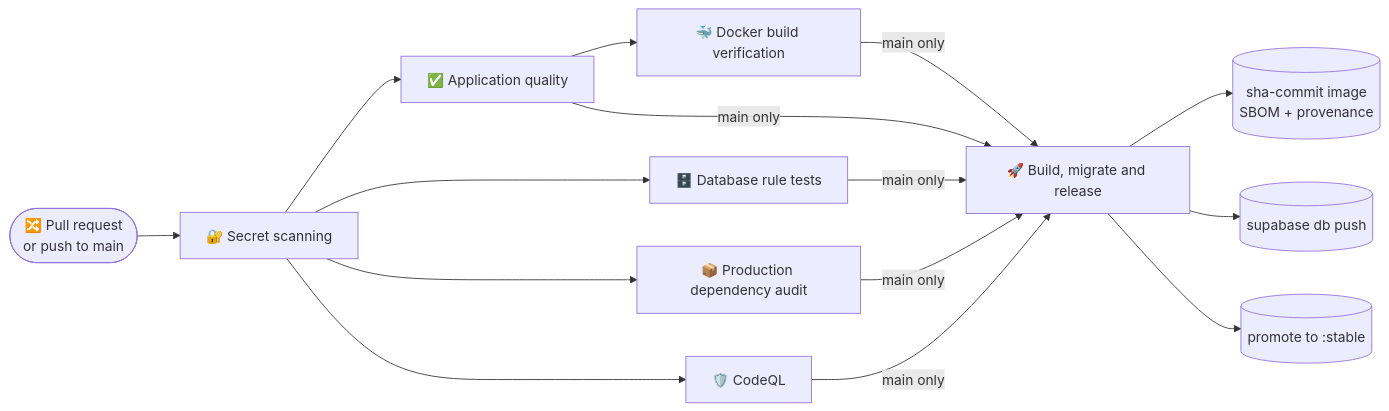
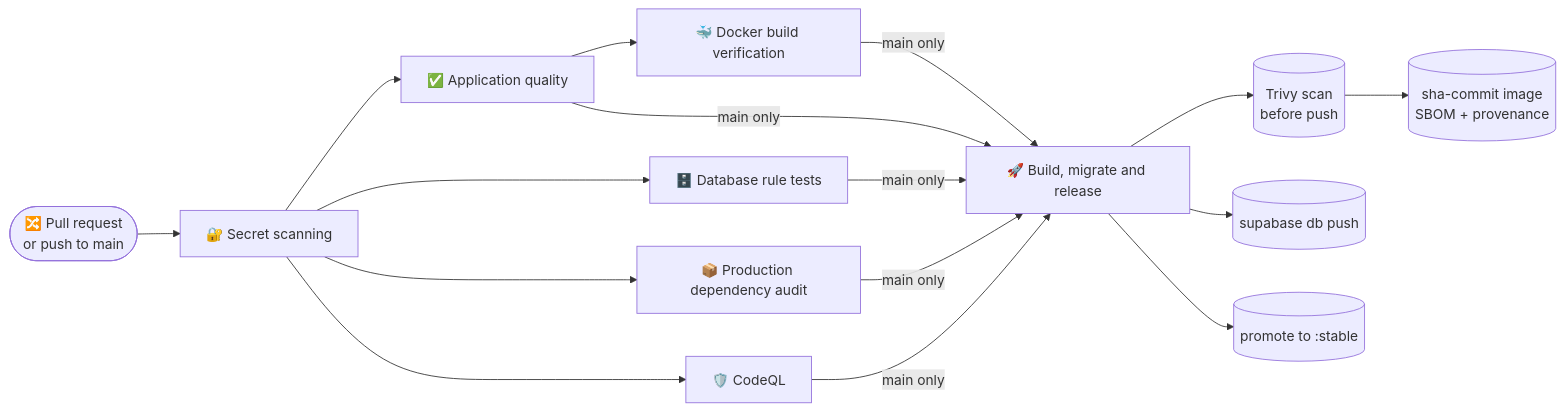
The third of 3 diagrams in README.md (pokharelsandeep333-commits/ShiftSentry), drawn with Mermaid before and after one commit. The commit also changed other lines of this file and 2 other files, not shown here.

First line of the commit message:
ci: scan release images with Trivy before push

````diff
--- a/README.md
+++ b/README.md
@@ -154,13 +154,14 @@
 ```mermaid
 flowchart LR
     pr([🔀 Pull request<br/>or push to main]) --> leaks[🔐 Secret scanning]
     leaks --> quality[✅ Application quality]
     leaks --> sql[🗄️ Database rule tests]
     leaks --> audit[📦 Production dependency audit]
     leaks --> codeql[🛡️ CodeQL]
     quality --> docker[🐳 Docker build verification]
     quality & sql & audit & docker & codeql -->|main only| release[🚀 Build, migrate and release]
-    release --> image[(sha-commit image<br/>SBOM + provenance)]
+    release --> trivy[(Trivy scan<br/>before push)]
+    trivy --> image[(sha-commit image<br/>SBOM + provenance)]
     release --> mig[(supabase db push)]
     release --> stable[(promote to :stable)]
 ```
````
